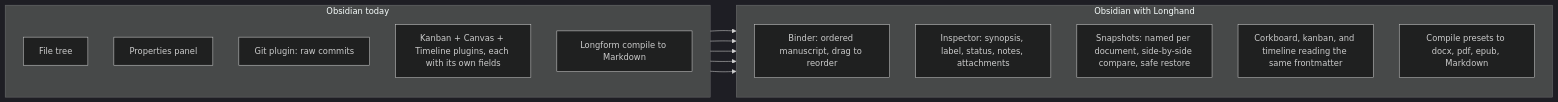
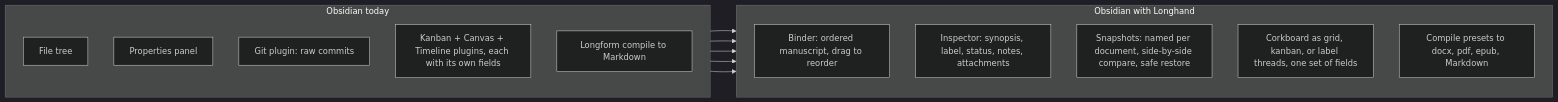
The first of 2 diagrams in README.md (Longhand-io/longhand), drawn with Mermaid (dark theme) before and after one commit. The commit also changed other lines of this file and 2 other files, not shown here.

Commit message:
docs: make arrange-by-label threads the base corkboard view, story date an axis

````diff
--- a/README.md
+++ b/README.md
@@ -9,24 +9,24 @@
 ```mermaid
 flowchart LR
     subgraph before["Obsidian today"]
         direction TB
         b1["File tree"]
         b2["Properties panel"]
         b3["Git plugin: raw commits"]
         b4["Kanban + Canvas + Timeline plugins, each with its own fields"]
         b5["Longform compile to Markdown"]
     end
     subgraph after["Obsidian with Longhand"]
         direction TB
         a1["Binder: ordered manuscript, drag to reorder"]
         a2["Inspector: synopsis, label, status, notes, attachments"]
         a3["Snapshots: named per document, side-by-side compare, safe restore"]
-        a4["Corkboard, kanban, and timeline reading the same frontmatter"]
+        a4["Corkboard as grid, kanban, or label threads, one set of fields"]
         a5["Compile presets to docx, pdf, epub, Markdown"]
     end
     b1 --> a1
     b2 --> a2
     b3 --> a3
     b4 --> a4
     b5 --> a5
 ```
````
